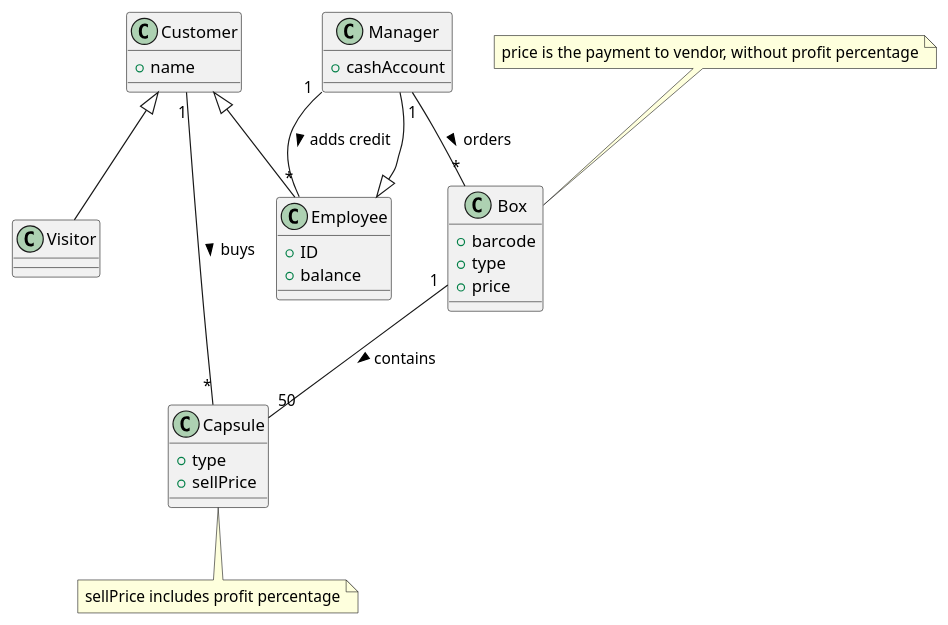
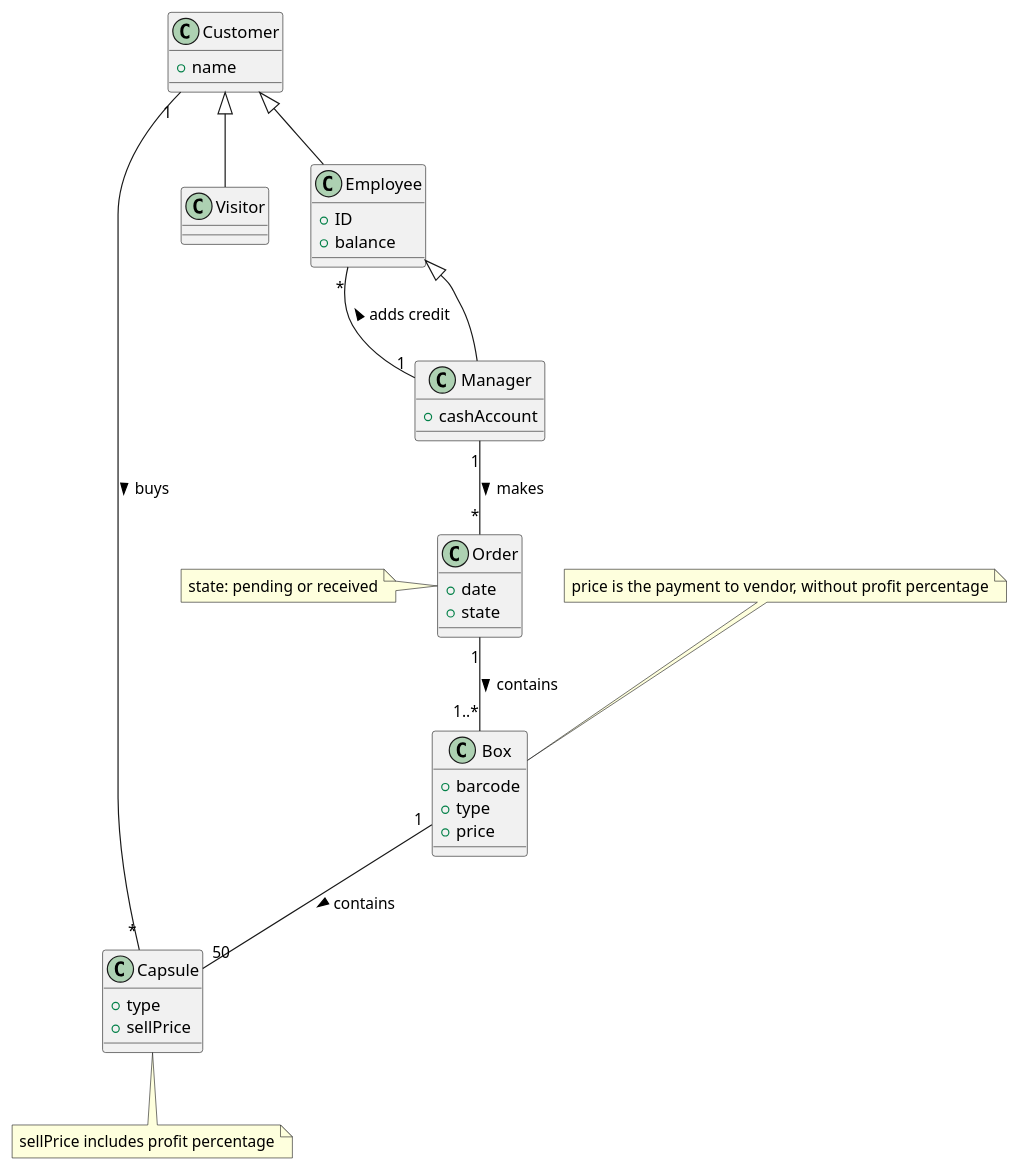
One commit to eloparco/LaTazza changed the third of 4 diagrams in requirements.md. Above: the diagram before and after it, drawn with PlantUML.

Commit message:
Update glossary: add 'Order' class

````diff
--- a/requirements.md
+++ b/requirements.md
@@ -264,37 +264,45 @@
 ```plantuml
 class Manager {
 	+cashAccount
 }
 class Box {
 	+barcode
 	+type
 	+price
 }
 class Capsule {
 	+type
 	+sellPrice
 }
 class Customer {
 	+name
 }
 class Visitor {
 
 }
 class Employee {
 	+ID
 	+balance
 }
 
+class Order {
+    +date
+    +state
+}
+
 Customer <|-- Employee
 Customer <|-- Visitor
 Employee <|-- Manager
-Manager "1" -- "*" Box : orders >
+Manager "1" -- "*" Order : makes >
+Order "1" -- "1..*" Box : contains >
 Box "1" -- "50" Capsule : contains > 
 Customer "1" -- "*" Capsule : buys >
 Manager "1" -- "*" Employee : adds credit >
 
 note "sellPrice includes profit percentage" as N1
 note "price is the payment to vendor, without profit percentage" as N2
+note left of Order: state: pending or received
 Capsule .. N1
 N2 .. Box
+
 ```
````
